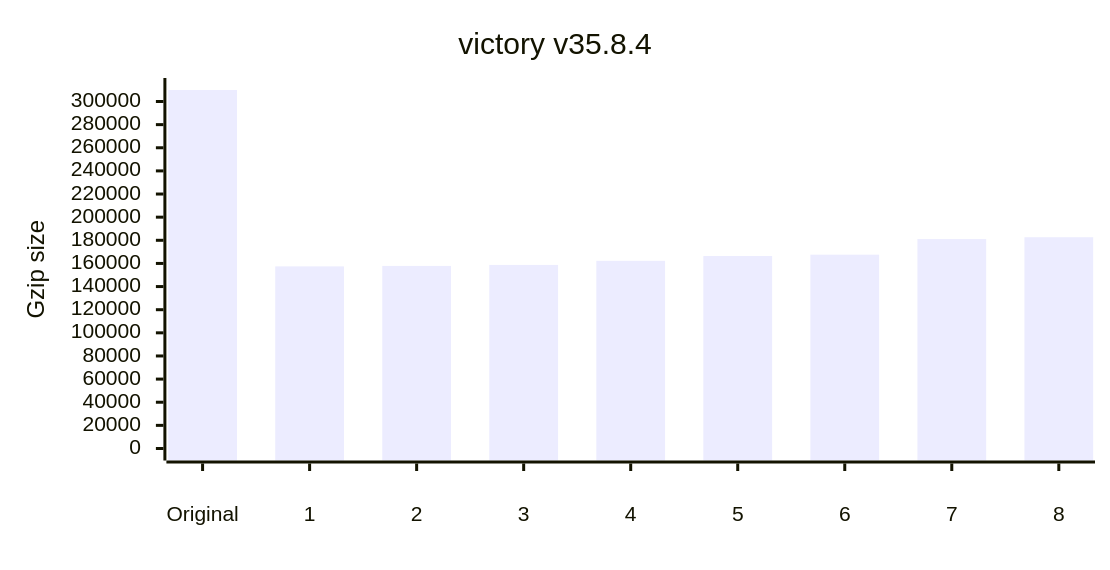
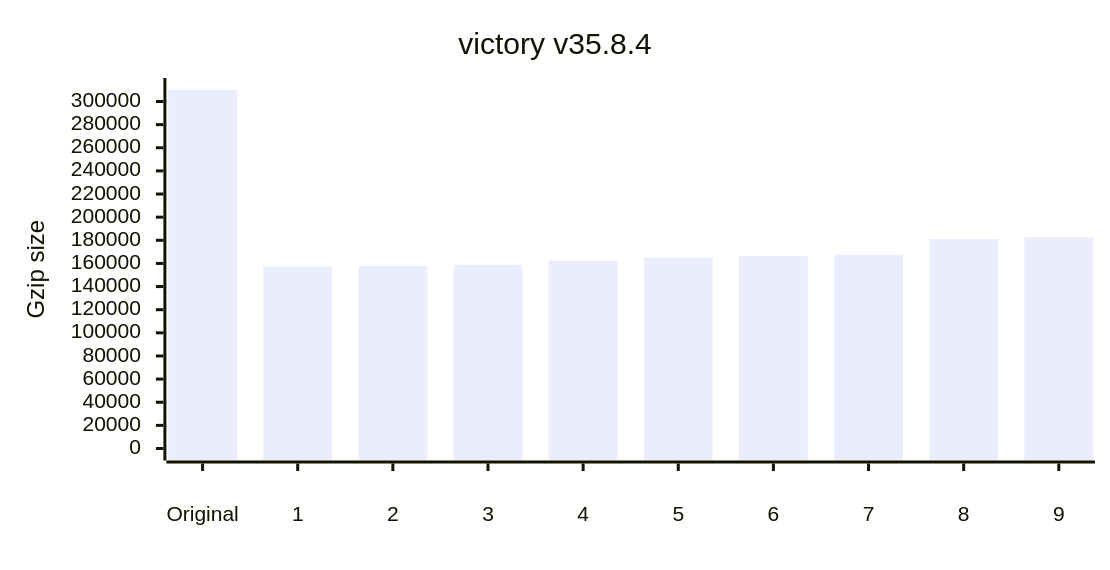
One commit to privatenumber/minification-benchmarks changed the ninth of 12 diagrams in README.md. Above: the diagram before and after it, drawn with Mermaid. The commit also changed other lines of this file and 1 other file, not shown here.

````diff
--- a/README.md
+++ b/README.md
@@ -397,17 +397,17 @@
 ```mermaid
 ---
 config:
     xyChart:
         width: 720
         height: 360
         xAxis:
             labelPadding: 20
         yAxis:
             labelPadding: 10
 ---
 xychart-beta
 	title "victory v35.8.4"
-	x-axis ["Original",1,2,3,4,5,6,7,8]
+	x-axis ["Original",1,2,3,4,5,6,7,8,9]
 	y-axis "Gzip size" 0 --> 309942
-	bar [309942,157435,157843,158710,162248,166386,167579,181071,182671]
+	bar [309942,157435,157843,158710,162248,165014,166386,167579,181071,182671]
 ```
````
